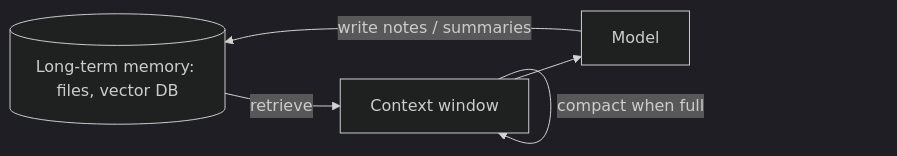
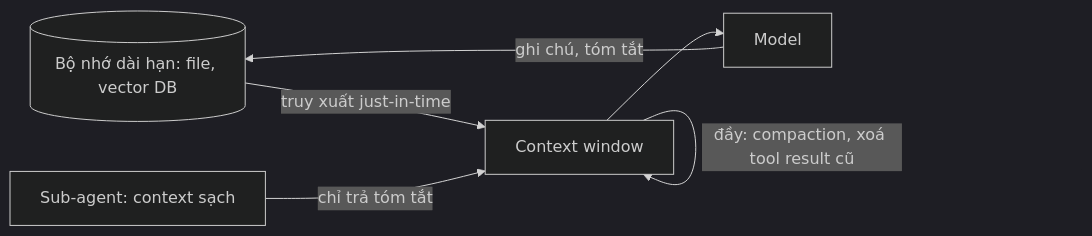
The diagram in src/assets/knowledge/playbooks/ai-engineering/context-engineering-memory.md (passion-Infinity/personal-tech-playbook), drawn with Mermaid (dark theme) before and after one commit. The commit also changed other lines of this file and 6 other files, not shown here.

First line of the commit message:
Deep-dive rewrite: context/memory, tool use/MCP, agents, multi-agent, coding assistants, image/video generation

````diff
--- a/src/assets/knowledge/playbooks/ai-engineering/context-engineering-memory.md
+++ b/src/assets/knowledge/playbooks/ai-engineering/context-engineering-memory.md
@@ -17,7 +40,8 @@
 ```mermaid
 flowchart LR
-    LTM[("Long-term memory: files, vector DB")] -->|retrieve| CTX["Context window"]
+    LTM[("Bộ nhớ dài hạn: file, vector DB")] -->|"truy xuất just-in-time"| CTX["Context window"]
     CTX --> LLM[Model]
-    LLM -->|"write notes / summaries"| LTM
-    CTX -->|"compact when full"| CTX
+    LLM -->|"ghi chú, tóm tắt"| LTM
+    CTX -->|"đầy: compaction, xoá tool result cũ"| CTX
+    SUB["Sub-agent: context sạch"] -->|"chỉ trả tóm tắt"| CTX
 ```
````
